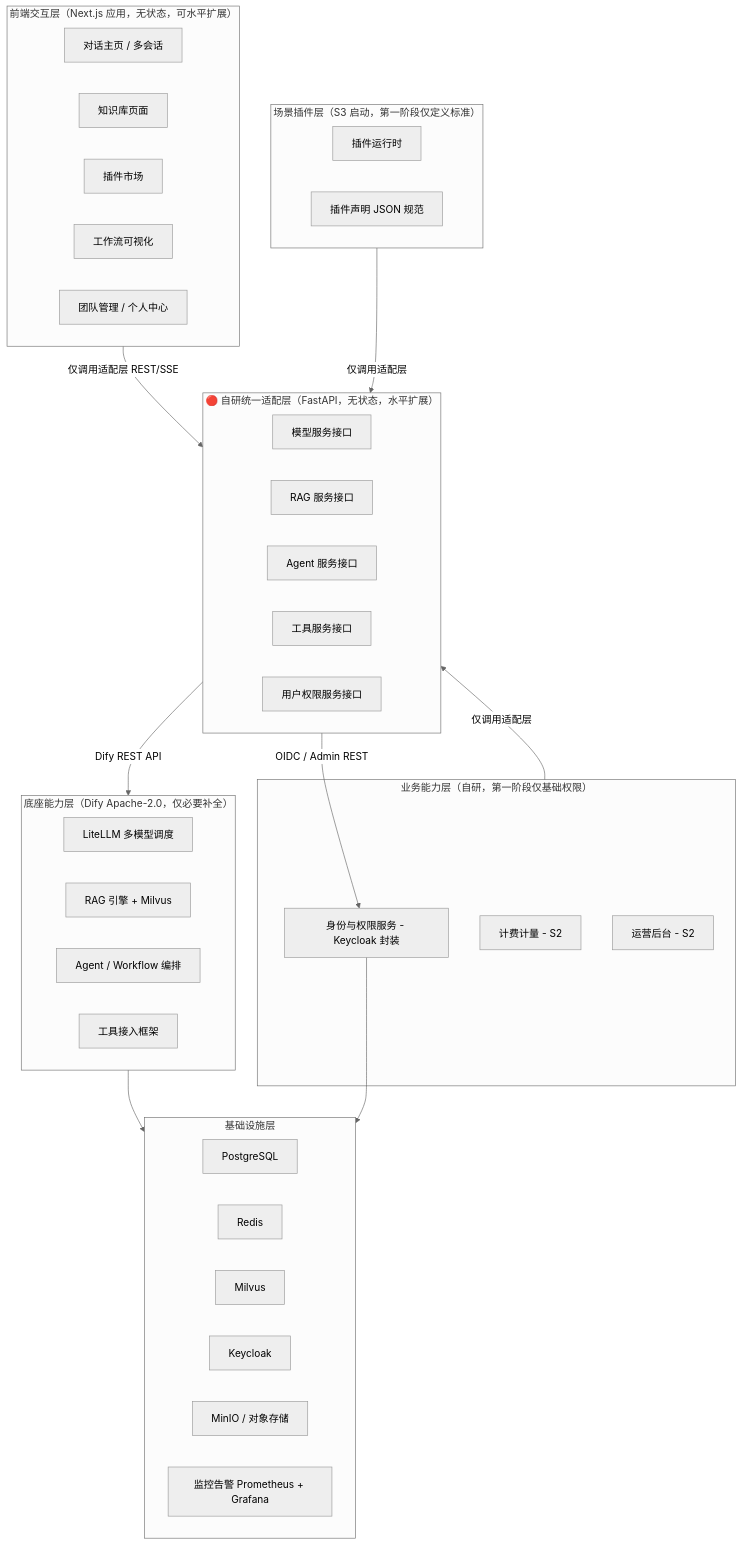
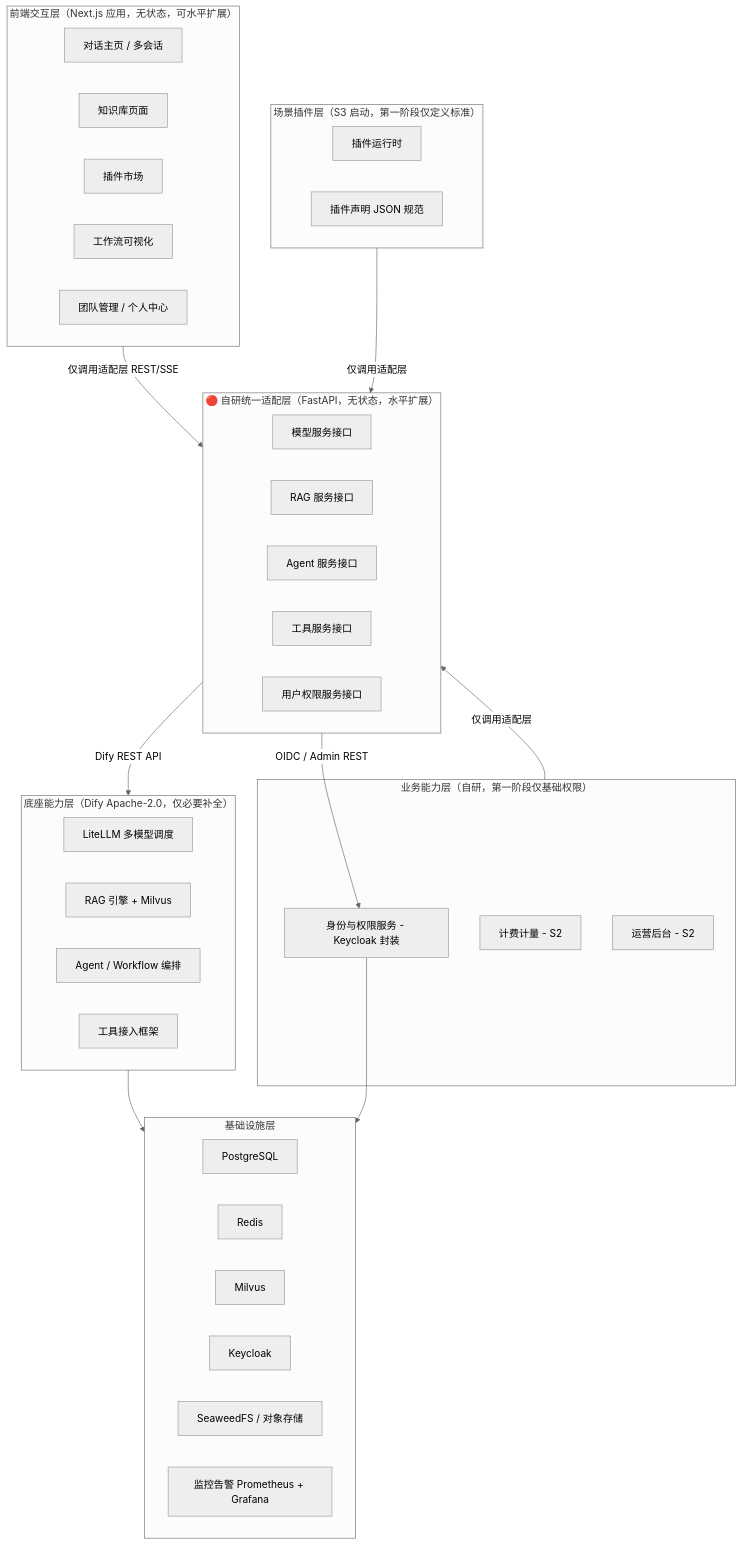
Before and after one commit to kHuner9712/MOY: the first of 8 diagrams in docs/architecture-v1.0.md, drawn with Mermaid (neutral theme). The commit also changed other lines of this file and 3 other files, not shown here.

````diff
--- a/docs/architecture-v1.0.md
+++ b/docs/architecture-v1.0.md
@@ -44,47 +45,47 @@
 ```mermaid
 graph TB
     subgraph L1["前端交互层（Next.js 应用，无状态，可水平扩展）"]
         FE1[对话主页 / 多会话]
         FE2[知识库页面]
         FE3[插件市场]
         FE4[工作流可视化]
         FE5[团队管理 / 个人中心]
     end
     subgraph L2["场景插件层（S3 启动，第一阶段仅定义标准）"]
         PL1[插件运行时]
         PL2[插件声明 JSON 规范]
     end
     subgraph L3["业务能力层（自研，第一阶段仅基础权限）"]
         BIZ1[身份与权限服务 - Keycloak 封装]
         BIZ2[计费计量 - S2]
         BIZ3[运营后台 - S2]
     end
     subgraph L4["🔴 自研统一适配层（FastAPI，无状态，水平扩展）"]
         AD1[模型服务接口]
         AD2[RAG 服务接口]
         AD3[Agent 服务接口]
         AD4[工具服务接口]
         AD5[用户权限服务接口]
     end
     subgraph L5["底座能力层（Dify Apache-2.0，仅必要补全）"]
         DF1[LiteLLM 多模型调度]
         DF2[RAG 引擎 + Milvus]
         DF3[Agent / Workflow 编排]
         DF4[工具接入框架]
     end
     subgraph L6["基础设施层"]
         INF1[PostgreSQL]
         INF2[Redis]
         INF3[Milvus]
         INF4[Keycloak]
-        INF5[MinIO / 对象存储]
+        INF5[SeaweedFS / 对象存储]
         INF6[监控告警 Prometheus + Grafana]
     end
     L1 -->|仅调用适配层 REST/SSE| L4
     L2 -->|仅调用适配层| L4
     L3 -->|仅调用适配层| L4
     L4 -->|Dify REST API| L5
     L4 -->|OIDC / Admin REST| BIZ1
     L5 --> L6
     BIZ1 --> L6
 ```
````
